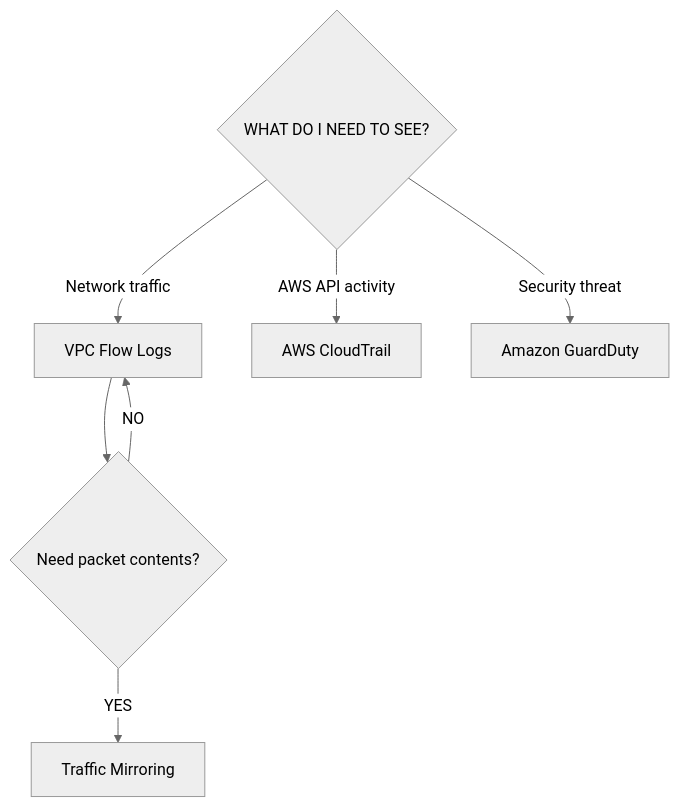
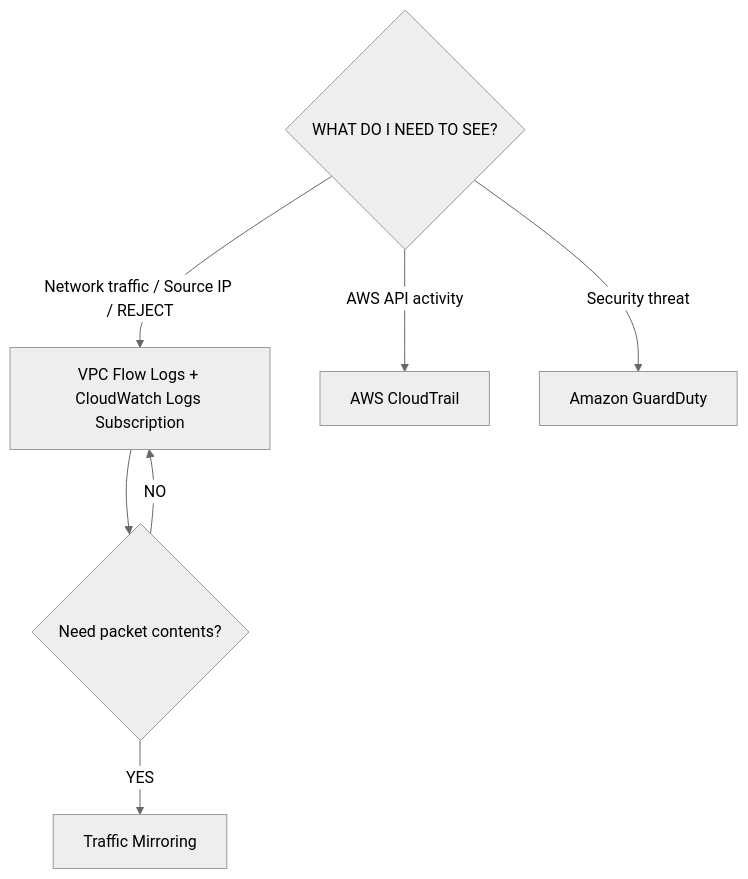
Diagram 35 of 35 in Professional/1.1 AWS Network Traffic Monitoring.md (ReginRavi/AIP-C01), drawn with Mermaid (neutral theme) before and after one commit. The commit also changed other lines of this file and 2 other files, not shown here.

Commit message:
Add real-world SAP-C02 scenarios for Route 53 DNSSEC ACM HTTPS, Private VPC Peering Flow Logs, and SSM Patch Manager Config AMI Governance

````diff
--- a/Professional/1.1 AWS Network Traffic Monitoring.md
+++ b/Professional/1.1 AWS Network Traffic Monitoring.md
@@ -1304,12 +1347,12 @@
 ```mermaid
 flowchart TD
     Ask{"WHAT DO I NEED TO SEE?"}
     
-    Ask -->|Network traffic| FlowLogs["VPC Flow Logs"]
+    Ask -->|Network traffic / Source IP / REJECT| FlowLogs["VPC Flow Logs + CloudWatch Logs Subscription"]
     Ask -->|AWS API activity| CloudTrail["AWS CloudTrail"]
     Ask -->|Security threat| GuardDuty["Amazon GuardDuty"]
 
     FlowLogs --> Pkts{"Need packet contents?"}
     Pkts -->|YES| Mirror["Traffic Mirroring"]
     Pkts -->|NO| FlowLogs
 ```
````
